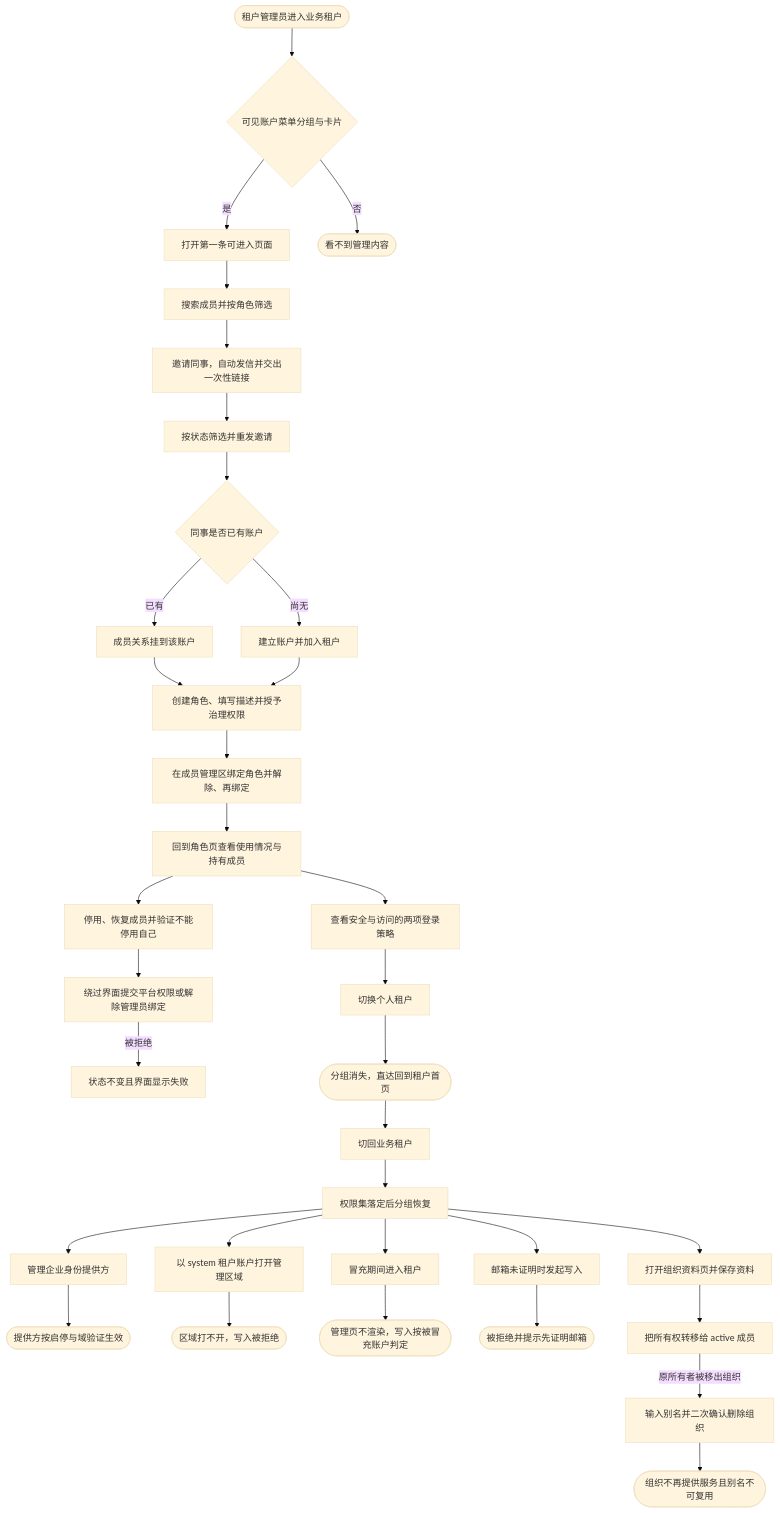
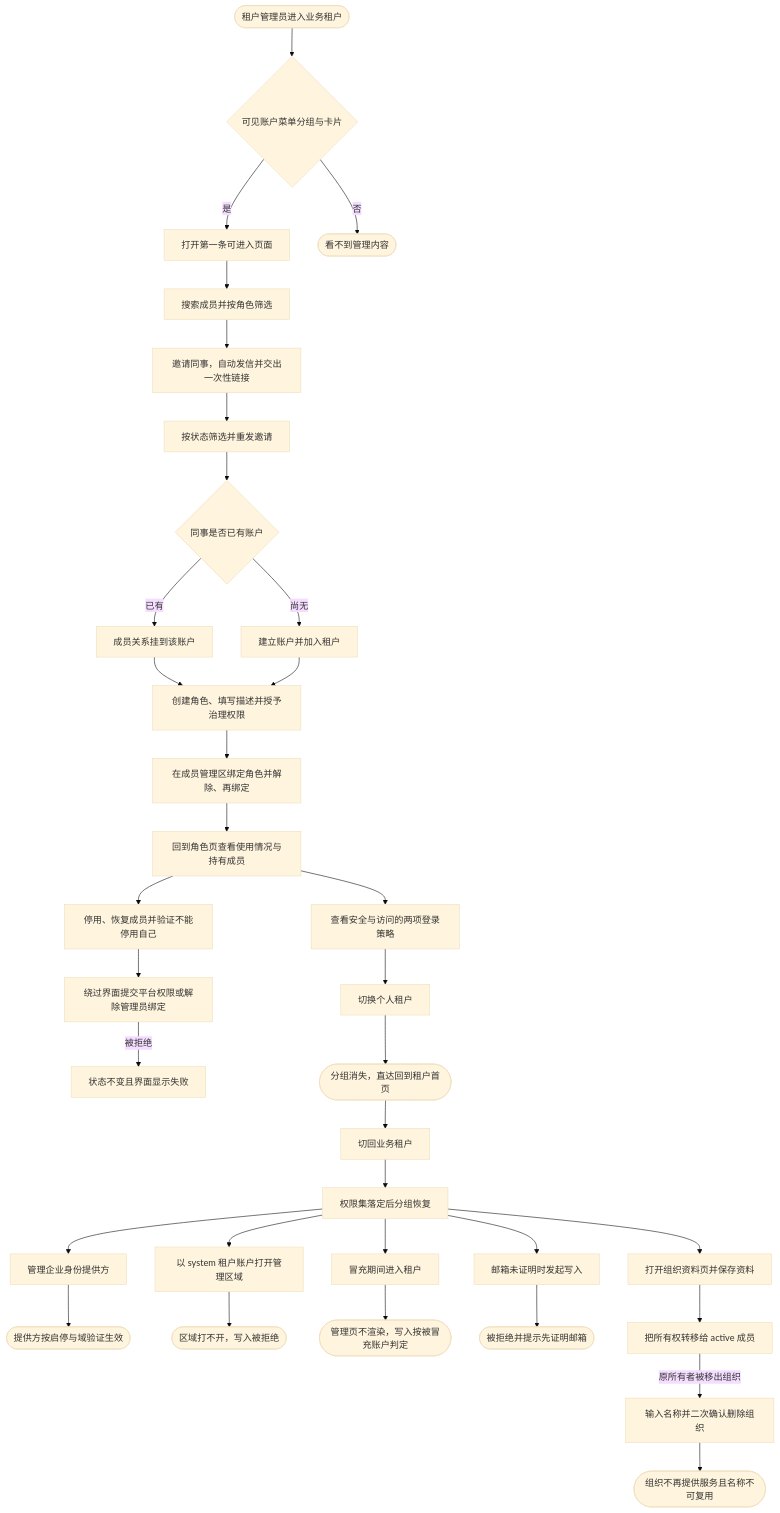
One commit to wangzw/speed changed the diagram in docs/prd/journeys/journey-tenant-admin.md. Above: the diagram before and after it, drawn with Mermaid (base theme). The commit also changed other lines of this file and 300 other files, not shown here.

````diff
--- a/docs/prd/journeys/journey-tenant-admin.md
+++ b/docs/prd/journeys/journey-tenant-admin.md
@@ -91,36 +91,36 @@
 ```mermaid
 flowchart TD
     A([租户管理员进入业务租户]) --> B{可见账户菜单分组与卡片}
     B -->|是| C[打开第一条可进入页面]
     B -->|否| Z([看不到管理内容])
     C --> C1[搜索成员并按角色筛选]
     C1 --> D[邀请同事，自动发信并交出一次性链接]
     D --> D1[按状态筛选并重发邀请]
     D1 --> E{同事是否已有账户}
     E -->|已有| F[成员关系挂到该账户]
     E -->|尚无| G[建立账户并加入租户]
     F --> H[创建角色、填写描述并授予治理权限]
     G --> H
     H --> I[在成员管理区绑定角色并解除、再绑定]
     I --> I1[回到角色页查看使用情况与持有成员]
     I1 --> I2[停用、恢复成员并验证不能停用自己]
     I2 --> J[绕过界面提交平台权限或解除管理员绑定]
     J -->|被拒绝| K[状态不变且界面显示失败]
     I1 --> L[查看安全与访问的两项登录策略]
     L --> M[切换个人租户]
     M --> N([分组消失，直达回到租户首页])
     N --> O[切回业务租户]
     O --> P[权限集落定后分组恢复]
     P --> Q[管理企业身份提供方]
     Q --> R([提供方按启停与域验证生效])
     P --> S[以 system 租户账户打开管理区域]
     S --> T([区域打不开，写入被拒绝])
     P --> U[冒充期间进入租户]
     U --> V([管理页不渲染，写入按被冒充账户判定])
     P --> W[邮箱未证明时发起写入]
     W --> X([被拒绝并提示先证明邮箱])
     P --> Y[打开组织资料页并保存资料]
     Y --> Y1[把所有权转移给 active 成员]
-    Y1 -->|原所有者被移出组织| Y2[输入别名并二次确认删除组织]
-    Y2 --> Y3([组织不再提供服务且别名不可复用])
+    Y1 -->|原所有者被移出组织| Y2[输入名称并二次确认删除组织]
+    Y2 --> Y3([组织不再提供服务且名称不可复用])
 ```
````
